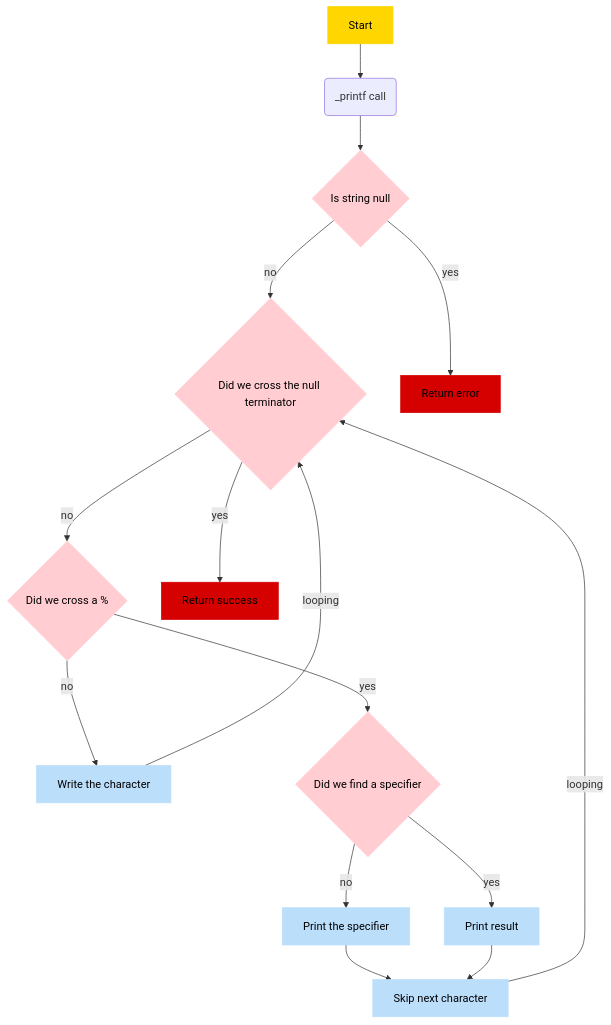
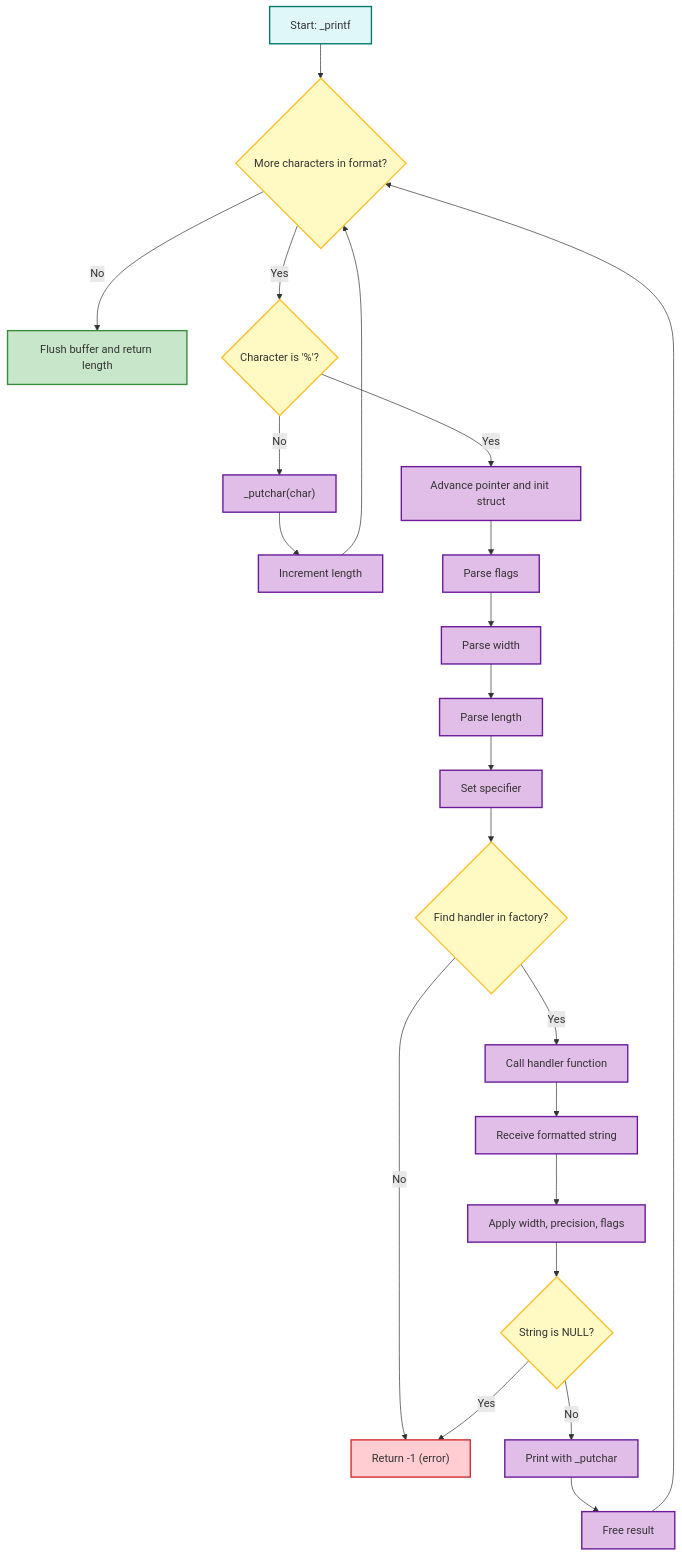
Before and after one commit to AdelMej/holbertonschool-printf: the diagram in README.md, drawn with Mermaid.

Commit message:
feat: added new flow chart

````diff
--- a/README.md
+++ b/README.md
@@ -153,33 +153,46 @@
 ```mermaid
 ---
 config:
   layout: dagre
 ---
 flowchart TD
-    A["Start"] --> B("_printf call")
-    B --> D{"Is string null"}
-    D -- no --> E{"Did we cross the null terminator"}
-    E -- no --> F{"Did we cross a %"}
-    F -- no --> G["Write the character"]
-    D -- yes --> H["Return error"]
-    E -- yes --> I["Return success"]
-    F -- yes --> J{"Did we find a specifier"}
-    J -- yes --> K["Print result"]
-    G -- looping --> E
-    O["Skip next character"] -- looping --> E
-    J -- no --> P["Print the specifier"]
-    P --> O
-    K --> O
-    style A fill:#FFD600,stroke:#FFD600,color:#000000
-    style D fill:#FFCDD2,stroke:#FFCDD2,color:#000000
-    style E fill:#FFCDD2,stroke:#FFCDD2,color:#000000
-    style F fill:#FFCDD2,stroke:#FFCDD2,color:#000000
-    style G fill:#BBDEFB,stroke:#BBDEFB,color:#000000
-    style H fill:#D50000,stroke:#D50000,color:#000000
-    style I fill:#D50000,stroke:#D50000,color:#000000
-    style J fill:#FFCDD2,stroke:#FFCDD2,color:#000000
-    style K fill:#BBDEFB,stroke:#BBDEFB,color:#000000
-    style O fill:#BBDEFB,stroke:#BBDEFB,color:#000000
-    style P fill:#BBDEFB,stroke:#BBDEFB,color:#000000
+    A["Start: _printf"] --> B{"More characters in format?"}
+    B -->|No| Z["Flush buffer and return length"]
+    B -->|Yes| C{"Character is '%'?"}
+    C -->|No| D["_putchar(char)"]
+    D --> E["Increment length"]
+    E --> B
+
+    C -->|Yes| F["Advance pointer and init struct"]
+    F --> G["Parse flags"]
+    G --> H["Parse width"]
+    H --> I["Parse length"]
+    I --> J["Set specifier"]
+
+    J --> K{"Find handler in factory?"}
+    K -->|No| Z1["Return -1 (error)"]
+    K -->|Yes| L["Call handler function"]
+
+    L --> M["Receive formatted string"]
+    M --> N["Apply width, precision, flags"]
+    N --> O{"String is NULL?"}
+    O -->|Yes| Z1
+    O -->|No| P["Print with _putchar"]
+    P --> Q["Free result"]
+    Q --> B
+
+    %% Node styling
+    classDef start fill:#e0f7fa,stroke:#00796b,stroke-width:2px;
+    classDef decision fill:#fff9c4,stroke:#fbc02d,stroke-width:2px;
+    classDef action fill:#e1bee7,stroke:#6a1b9a,stroke-width:2px;
+    classDef endnode fill:#c8e6c9,stroke:#388e3c,stroke-width:2px;
+    classDef errornode fill:#ffcdd2,stroke:#d32f2f,stroke-width:2px;
+
+    %% Assign styles to nodes
+    class A start;
+    class B,C,K,O decision;
+    class D,E,F,G,H,I,J,L,M,N,P,Q action;
+    class Z endnode;
+    class Z1 errornode;
 
 ```
````
